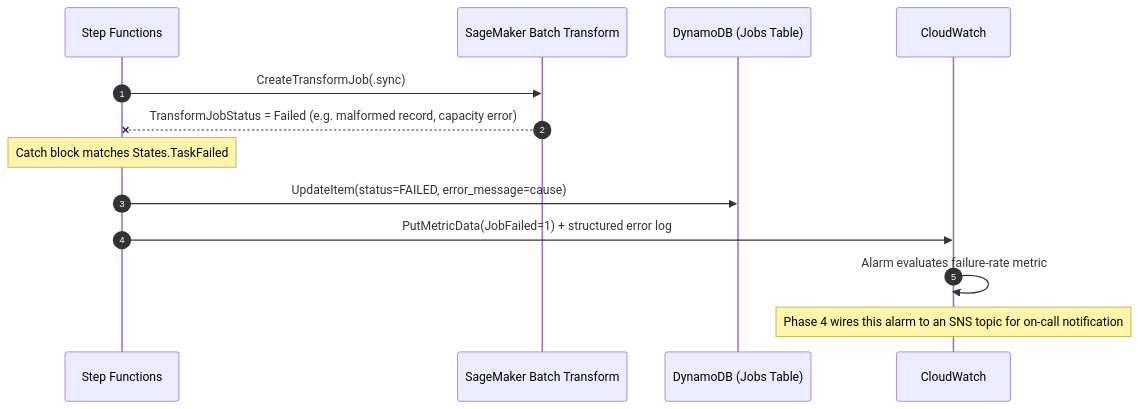
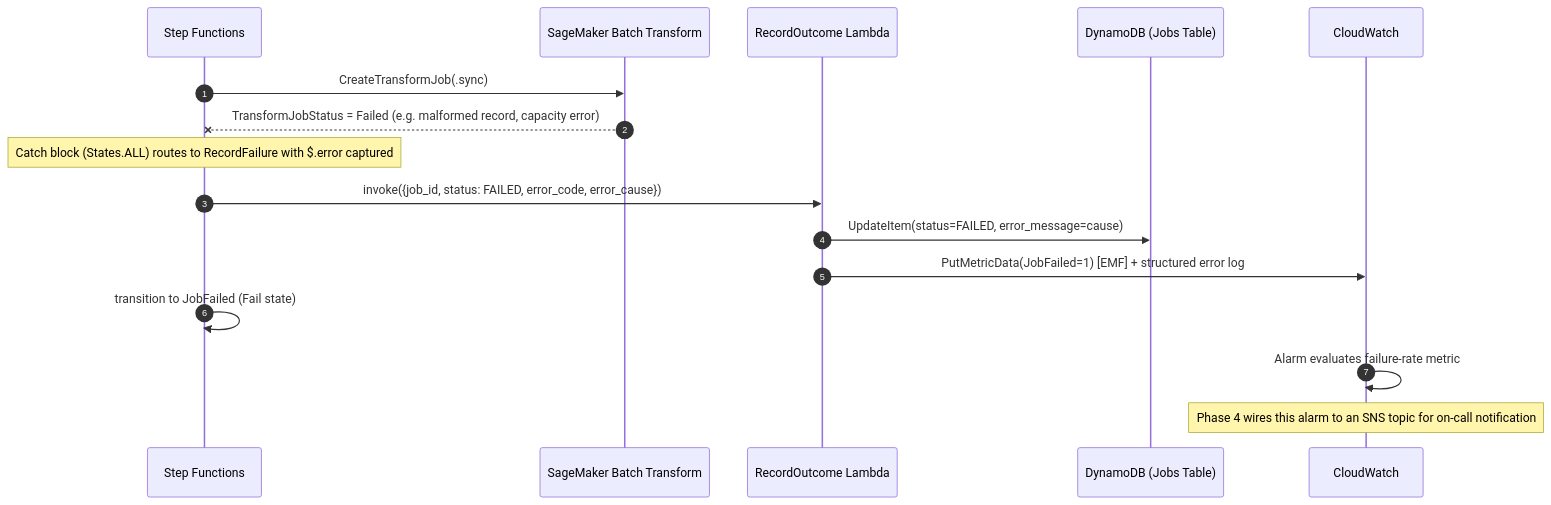
One commit to lapczyna/aws-mlops-reference-platform changed the sixth of 6 diagrams in docs/architecture/sequence-diagrams.md. Above: the diagram before and after it, drawn with Mermaid. The commit also changed other lines of this file and 22 other files, not shown here.

````diff
--- a/docs/architecture/sequence-diagrams.md
+++ b/docs/architecture/sequence-diagrams.md
@@ -149,16 +152,19 @@
 ```mermaid
 sequenceDiagram
     autonumber
     participant SFN as Step Functions
     participant SM as SageMaker Batch Transform
+    participant Outcome as RecordOutcome Lambda
     participant DDB as DynamoDB (Jobs Table)
     participant CW as CloudWatch
 
     SFN->>SM: CreateTransformJob(.sync)
     SM--xSFN: TransformJobStatus = Failed (e.g. malformed record, capacity error)
-    Note over SFN: Catch block matches States.TaskFailed
-    SFN->>DDB: UpdateItem(status=FAILED, error_message=cause)
-    SFN->>CW: PutMetricData(JobFailed=1) + structured error log
+    Note over SFN: Catch block (States.ALL) routes to RecordFailure with $.error captured
+    SFN->>Outcome: invoke({job_id, status: FAILED, error_code, error_cause})
+    Outcome->>DDB: UpdateItem(status=FAILED, error_message=cause)
+    Outcome->>CW: PutMetricData(JobFailed=1) [EMF] + structured error log
+    SFN->>SFN: transition to JobFailed (Fail state)
     CW->>CW: Alarm evaluates failure-rate metric
     Note over CW: Phase 4 wires this alarm to an SNS topic for on-call notification
 ```
````
